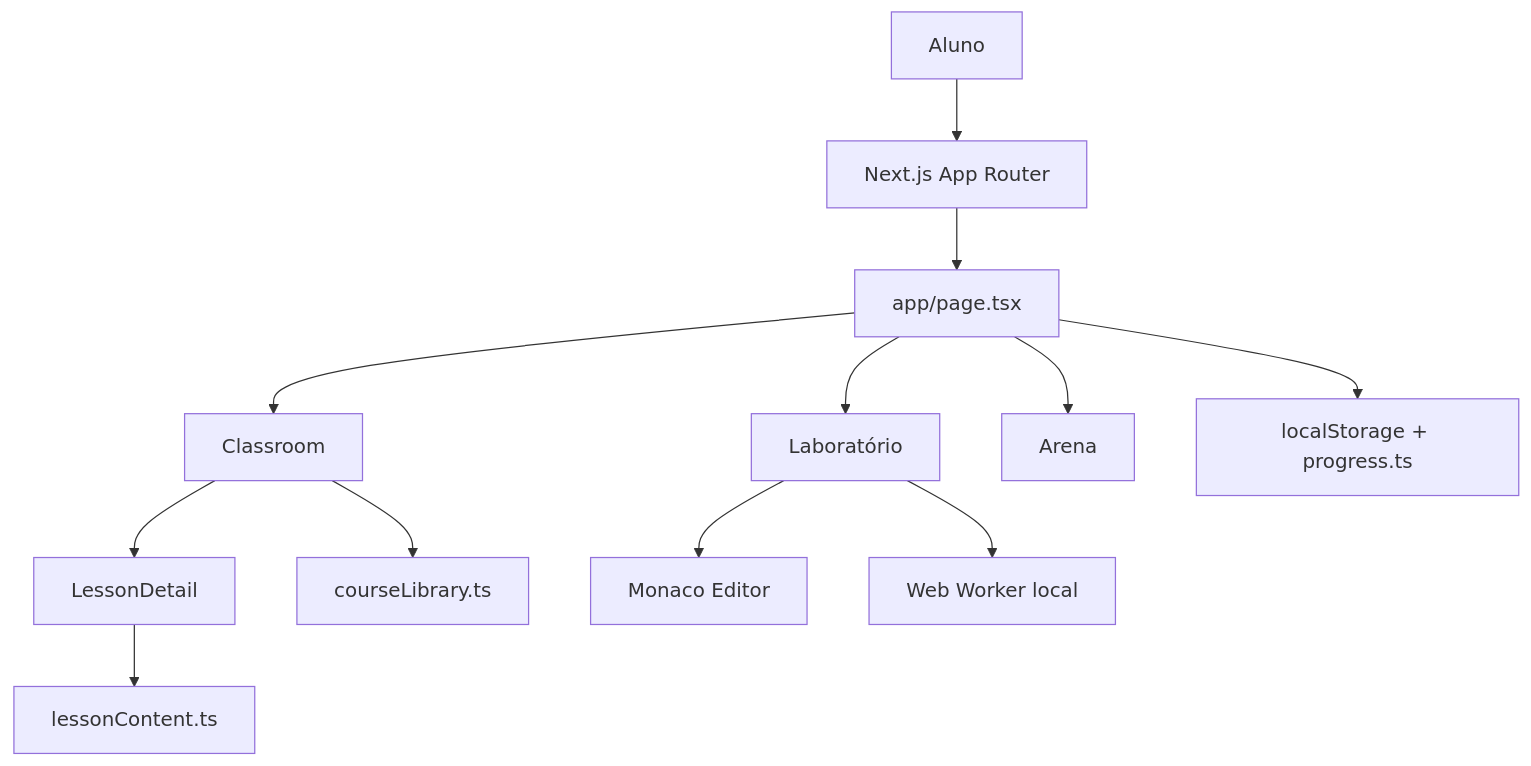
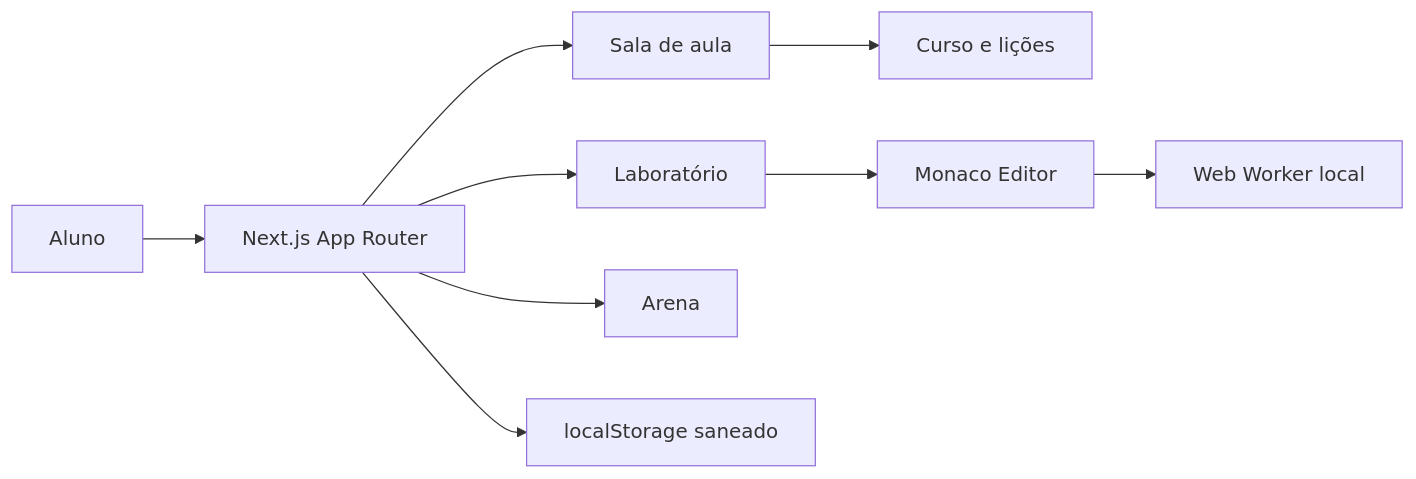
The diagram in campus-backend-senai-javascript/estudo-backend-senai-site/README.md (carloska24/Pratica_Back-End_Senai), drawn with Mermaid before and after one commit. The commit also changed other lines of this file and 3 other files, not shown here.

````diff
--- a/campus-backend-senai-javascript/estudo-backend-senai-site/README.md
+++ b/campus-backend-senai-javascript/estudo-backend-senai-site/README.md
@@ -189,14 +174,11 @@
 ```mermaid
-flowchart TB
-    USER[Aluno] --> UI[Next.js App Router]
-    UI --> SHELL[app/page.tsx]
-    SHELL --> CLASSROOM[Classroom]
-    SHELL --> LAB[Laboratório]
-    SHELL --> ARENA[Arena]
-    CLASSROOM --> LESSON[LessonDetail]
-    CLASSROOM --> LIBRARY[courseLibrary.ts]
-    LESSON --> CONTENT[lessonContent.ts]
+flowchart LR
+    ALUNO[Aluno] --> UI[Next.js App Router]
+    UI --> AULA[Sala de aula]
+    UI --> LAB[Laboratório]
+    UI --> ARENA[Arena]
+    AULA --> CONTEUDO[Curso e lições]
     LAB --> MONACO[Monaco Editor]
-    LAB --> WORKER[Web Worker local]
-    SHELL --> PROGRESS[localStorage + progress.ts]
+    MONACO --> WORKER[Web Worker local]
+    UI --> PROGRESSO[localStorage saneado]
 ```
````
